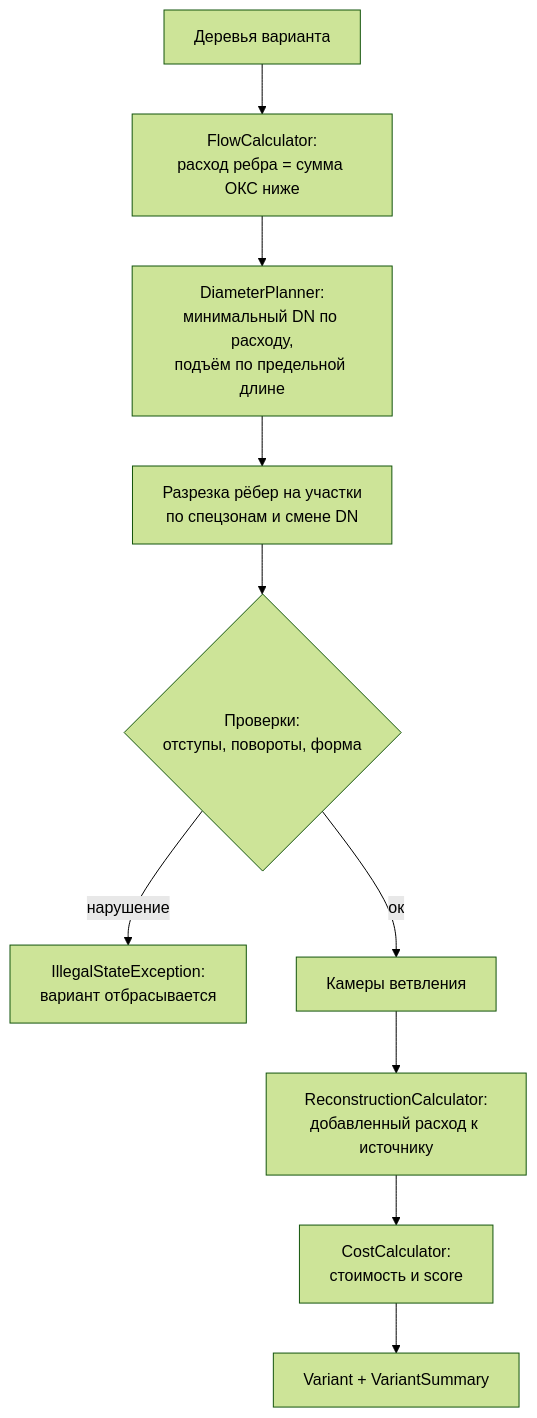
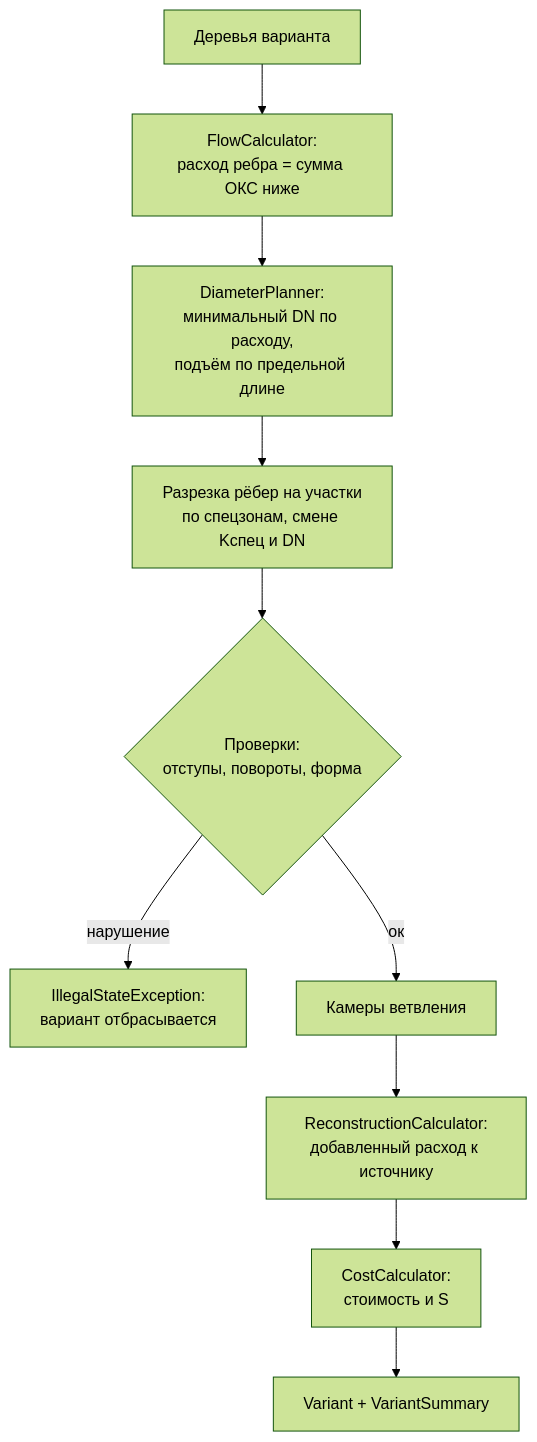
Before and after one commit to NewaccOOO/LCT: the fifth of 6 diagrams in architecture/ARCHITECTURE.md, drawn with Mermaid (forest theme). The commit also changed other lines of this file and 8 other files, not shown here.

Commit message:
Оформление ARCHITECTURE, BACKEND и индекса документов: схемы графа, дерева, спецпереходов, реконструкции и ходов поиска

````diff
--- a/architecture/ARCHITECTURE.md
+++ b/architecture/ARCHITECTURE.md
@@ -192,12 +264,12 @@
 ```mermaid
 flowchart TD
     trees[Деревья варианта] --> flows[FlowCalculator:<br/>расход ребра = сумма ОКС ниже]
     flows --> dn[DiameterPlanner:<br/>минимальный DN по расходу,<br/>подъём по предельной длине]
-    dn --> cut[Разрезка рёбер на участки<br/>по спецзонам и смене DN]
+    dn --> cut[Разрезка рёбер на участки<br/>по спецзонам, смене Kспец и DN]
     cut --> checks{Проверки:<br/>отступы, повороты, форма}
     checks -->|нарушение| reject[IllegalStateException:<br/>вариант отбрасывается]
     checks -->|ок| chambers[Камеры ветвления]
     chambers --> recon[ReconstructionCalculator:<br/>добавленный расход к источнику]
-    recon --> cost[CostCalculator:<br/>стоимость и score]
+    recon --> cost[CostCalculator:<br/>стоимость и S]
     cost --> variant[Variant + VariantSummary]
 ```
````
